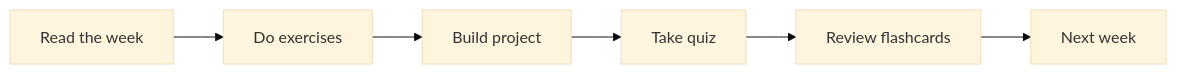
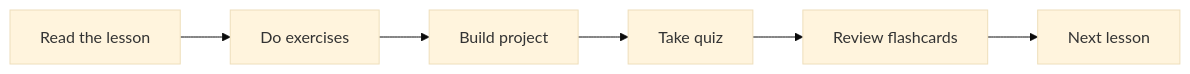
One commit to aadarshreddydepa/AI_Engineer_Handbook changed the diagram in docs/15-Fine-Tuning/README.md. Above: the diagram before and after it, drawn with Mermaid (base theme). The commit also changed other lines of this file and 39 other files, not shown here.

````diff
--- a/docs/15-Fine-Tuning/README.md
+++ b/docs/15-Fine-Tuning/README.md
@@ -37,8 +77,8 @@
 ```mermaid
 flowchart LR
-    R[Read the week] --> E[Do exercises]
+    R[Read the lesson] --> E[Do exercises]
     E --> P[Build project]
     P --> Q[Take quiz]
     Q --> F[Review flashcards]
-    F --> N[Next week]
+    F --> N[Next lesson]
 ```
````
